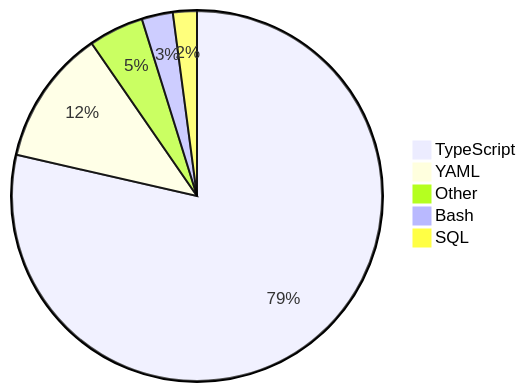
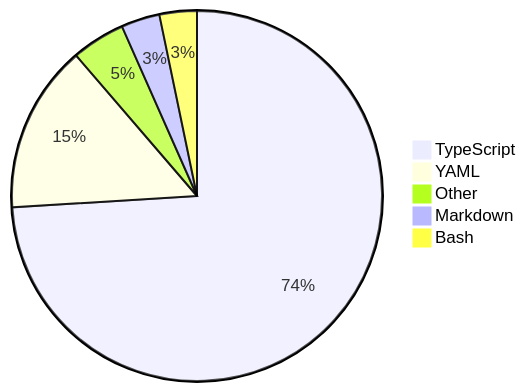
One commit to skvggor/skvggor changed the diagram in README.md. Above: the diagram before and after it, drawn with Mermaid.

Commit message:
Updated waka-readme graph with new metrics

````diff
--- a/README.md
+++ b/README.md
@@ -16,8 +16,8 @@
 ```mermaid
 pie
-    "TypeScript" : 75.2
-    "YAML" : 11.3
-    "Other" : 4.6
-    "Bash" : 2.6
-    "SQL" : 2.0
+    "TypeScript" : 68.1
+    "YAML" : 13.5
+    "Other" : 4.3
+    "Markdown" : 3.1
+    "Bash" : 3.0
 ```
````
